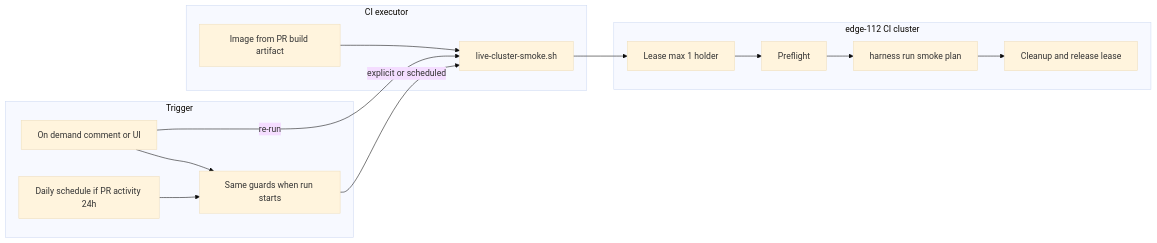
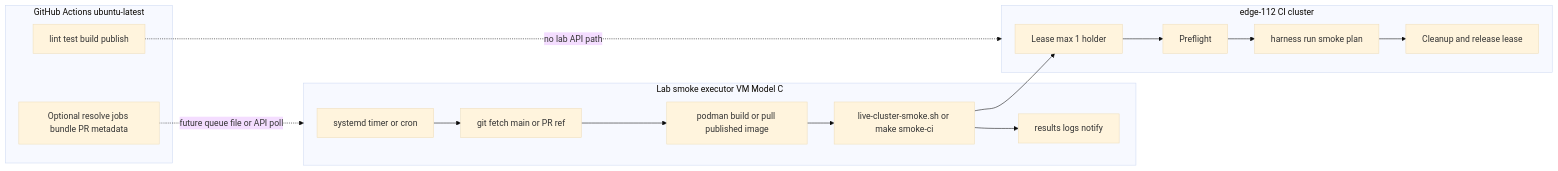
Before and after one commit to openshift-storage-cert/storage-cert-harness: the diagram in docs/design/storage-cert-harness-ci-smoke-test.md, drawn with Mermaid (base theme). The commit also changed other lines of this file and 6 other files, not shown here.

````diff
--- a/docs/design/storage-cert-harness-ci-smoke-test.md
+++ b/docs/design/storage-cert-harness-ci-smoke-test.md
@@ -50,25 +82,25 @@
 ```mermaid
 flowchart LR
-  subgraph trigger [Trigger]
-    OD[On demand comment or UI]
-    SCH[Daily schedule if PR activity 24h]
-    PF[Same guards when run starts]
-    OD --> PF
-    SCH --> PF
+  subgraph github [GitHub Actions ubuntu-latest]
+    CI[lint test build publish]
+    RES[Optional resolve jobs bundle PR metadata]
   end
-  subgraph ci [CI executor]
-    IB[Image from PR build artifact]
-    LS[live-cluster-smoke.sh]
-    IB --> LS
+  subgraph labvm [Lab smoke executor VM Model C]
+    CRON[systemd timer or cron]
+    SYNC[git fetch main or PR ref]
+    IMG[podman build or pull published image]
+    LS[live-cluster-smoke.sh or make smoke-ci]
+    OUT[results logs notify]
+    CRON --> SYNC --> IMG --> LS --> OUT
   end
   subgraph cluster [edge-112 CI cluster]
     LE[Lease max 1 holder]
     PRE[Preflight]
     RUN[harness run smoke plan]
     CLN[Cleanup and release lease]
     LE --> PRE --> RUN --> CLN
   end
-  PF -->|explicit or scheduled| LS
-  OD -->|re-run| LS
+  CI -.->|no lab API path| cluster
+  RES -.->|future queue file or API poll| labvm
   LS --> LE
 ```
````
